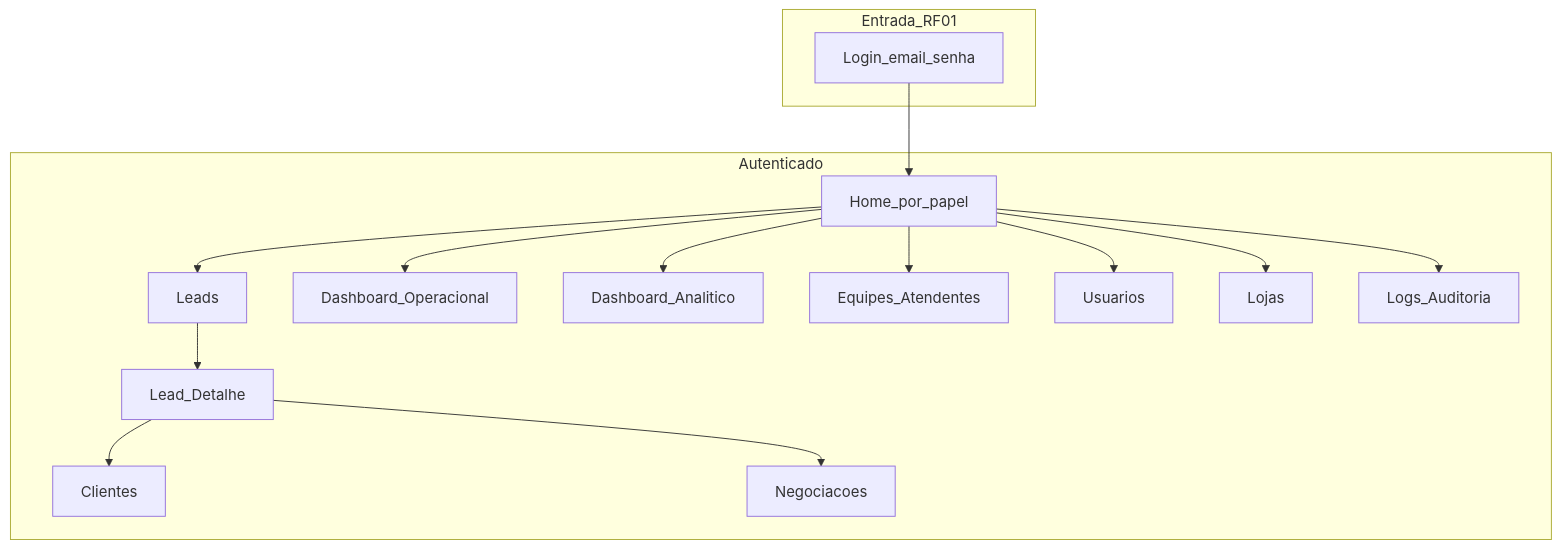
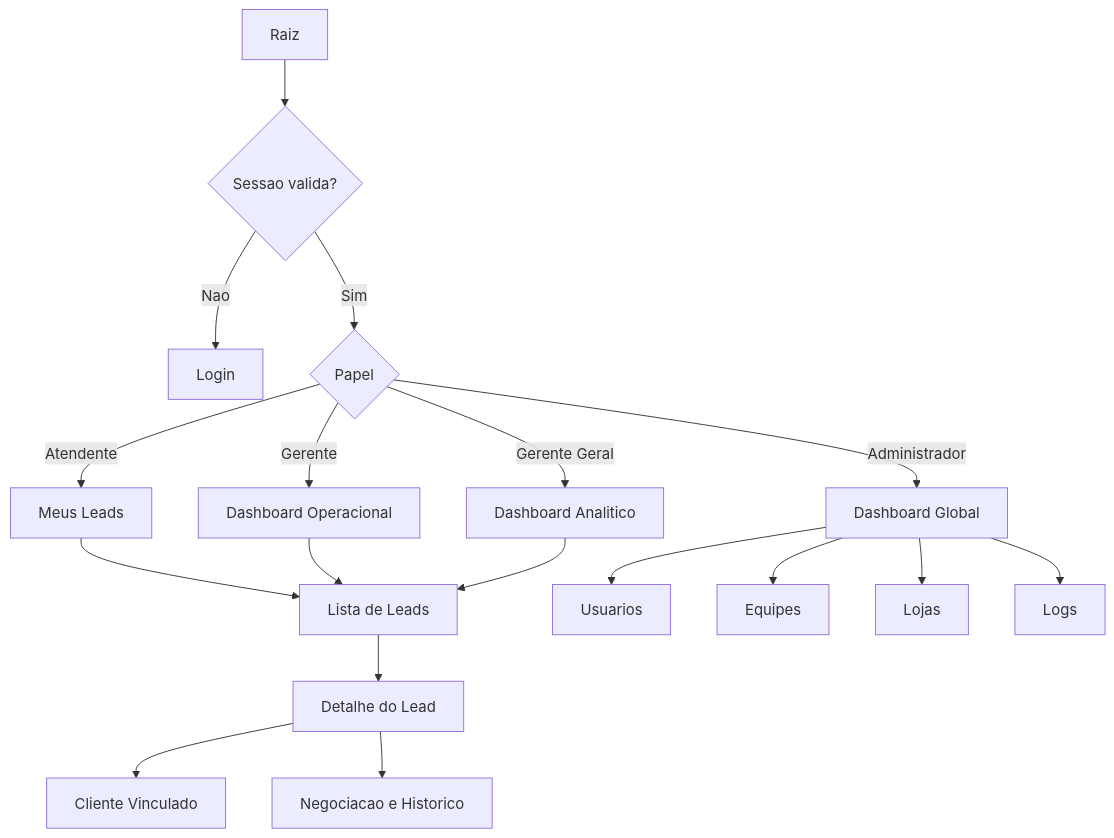
One commit to ErrorSquad-ABP/ABP3-Sistema-Gestao-Leads changed the first of 8 diagrams in docs/architecture/frontend-information-architecture.md. Above: the diagram before and after it, drawn with Mermaid. The commit also changed other lines of this file and 6 other files, not shown here.

````diff
--- a/docs/architecture/frontend-information-architecture.md
+++ b/docs/architecture/frontend-information-architecture.md
@@ -75,30 +85,23 @@
 ```mermaid
 flowchart TB
-  subgraph entrada [Entrada_RF01]
-    Login[Login_email_senha]
-  end
-  subgraph app [Autenticado]
-    Home[Home_por_papel]
-    Leads[Leads]
-    LeadDet[Lead_Detalhe]
-    Customers[Clientes]
-    Deals[Negociacoes]
-    DashOp[Dashboard_Operacional]
-    DashAn[Dashboard_Analitico]
-    Teams[Equipes_Atendentes]
-    Users[Usuarios]
-    Stores[Lojas]
-    Logs[Logs_Auditoria]
-  end
-  Login --> Home
-  Home --> Leads
-  Leads --> LeadDet
-  LeadDet --> Customers
-  LeadDet --> Deals
-  Home --> DashOp
-  Home --> DashAn
-  Home --> Teams
-  Home --> Users
-  Home --> Stores
-  Home --> Logs
+  Root[Raiz] --> AuthCheck{Sessao valida?}
+  AuthCheck -->|Nao| Login[Login]
+  AuthCheck -->|Sim| Gate{Papel}
+
+  Gate -->|Atendente| LeadsHome[Meus Leads]
+  Gate -->|Gerente| DashOp[Dashboard Operacional]
+  Gate -->|Gerente Geral| DashAn[Dashboard Analitico]
+  Gate -->|Administrador| DashAdm[Dashboard Global]
+
+  LeadsHome --> LeadList[Lista de Leads]
+  LeadList --> LeadDetail[Detalhe do Lead]
+  LeadDetail --> CustomerPanel[Cliente Vinculado]
+  LeadDetail --> DealPanel[Negociacao e Historico]
+
+  DashOp --> LeadList
+  DashAn --> LeadList
+  DashAdm --> Users[Usuarios]
+  DashAdm --> Teams[Equipes]
+  DashAdm --> Stores[Lojas]
+  DashAdm --> Logs[Logs]
 ```
````
